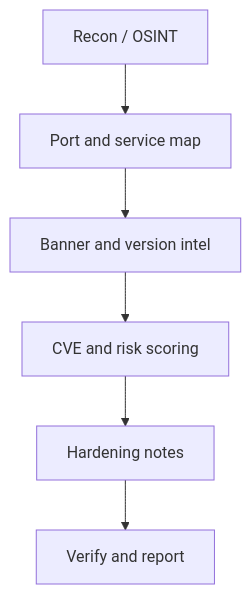
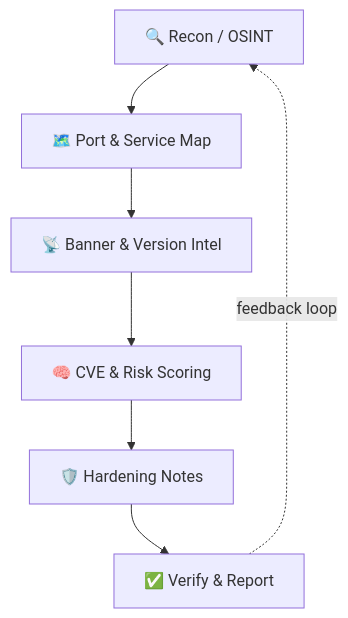
Before and after one commit to Pireburak/pireburak: the second of 2 diagrams in README.md, drawn with Mermaid. The commit also changed other lines of this file, not shown here.

````diff
--- a/README.md
+++ b/README.md
@@ -93,8 +139,9 @@
 ```mermaid
 flowchart TD
-  A[Recon / OSINT] --> B[Port and service map]
-  B --> C[Banner and version intel]
-  C --> D[CVE and risk scoring]
-  D --> E[Hardening notes]
-  E --> F[Verify and report]
+  A[🔍 Recon / OSINT] --> B[🗺️ Port & Service Map]
+  B --> C[📡 Banner & Version Intel]
+  C --> D[🧠 CVE & Risk Scoring]
+  D --> E[🛡️ Hardening Notes]
+  E --> F[✅ Verify & Report]
+  F -. feedback loop .-> A
 ```
````
